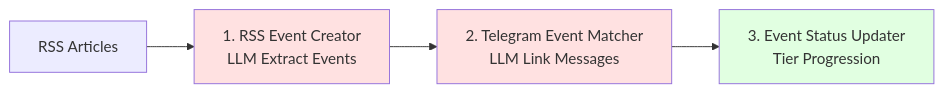
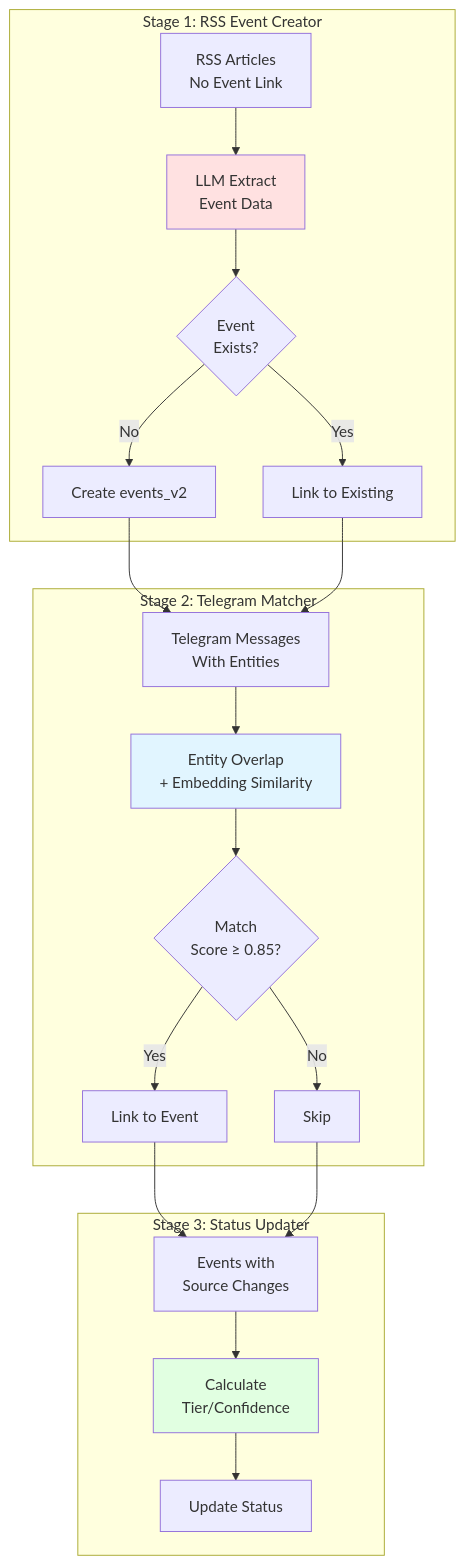
One commit to osintukraine/osint-platform-docs changed the fifth of 10 diagrams in docs/developer-guide/services/enrichment.md. Above: the diagram before and after it, drawn with Mermaid. The commit also changed other lines of this file, not shown here.

First line of the commit message:
docs(enrichment): comprehensive documentation overhaul with architect review

````diff
--- a/docs/developer-guide/services/enrichment.md
+++ b/docs/developer-guide/services/enrichment.md
@@ -380,10 +654,30 @@
 ```mermaid
-graph LR
-    A[RSS Articles] --> B[1. RSS Event Creator<br/>LLM Extract Events]
-    B --> C[2. Telegram Event Matcher<br/>LLM Link Messages]
-    C --> D[3. Event Status Updater<br/>Tier Progression]
+graph TD
+    subgraph "Stage 1: RSS Event Creator"
+        A[RSS Articles<br/>No Event Link] --> B[LLM Extract<br/>Event Data]
+        B --> C{Event<br/>Exists?}
+        C -->|No| D[Create events_v2]
+        C -->|Yes| E[Link to Existing]
+    end
+
+    subgraph "Stage 2: Telegram Matcher"
+        F[Telegram Messages<br/>With Entities] --> G[Entity Overlap<br/>+ Embedding Similarity]
+        G --> H{Match<br/>Score ≥ 0.85?}
+        H -->|Yes| I[Link to Event]
+        H -->|No| J[Skip]
+    end
+
+    subgraph "Stage 3: Status Updater"
+        K[Events with<br/>Source Changes] --> L[Calculate<br/>Tier/Confidence]
+        L --> M[Update Status]
+    end
+
+    D --> F
+    E --> F
+    I --> K
+    J --> K
 
     style B fill:#ffe1e1
-    style C fill:#ffe1e1
-    style D fill:#e1ffe1
+    style G fill:#e1f5ff
+    style L fill:#e1ffe1
 ```
````
